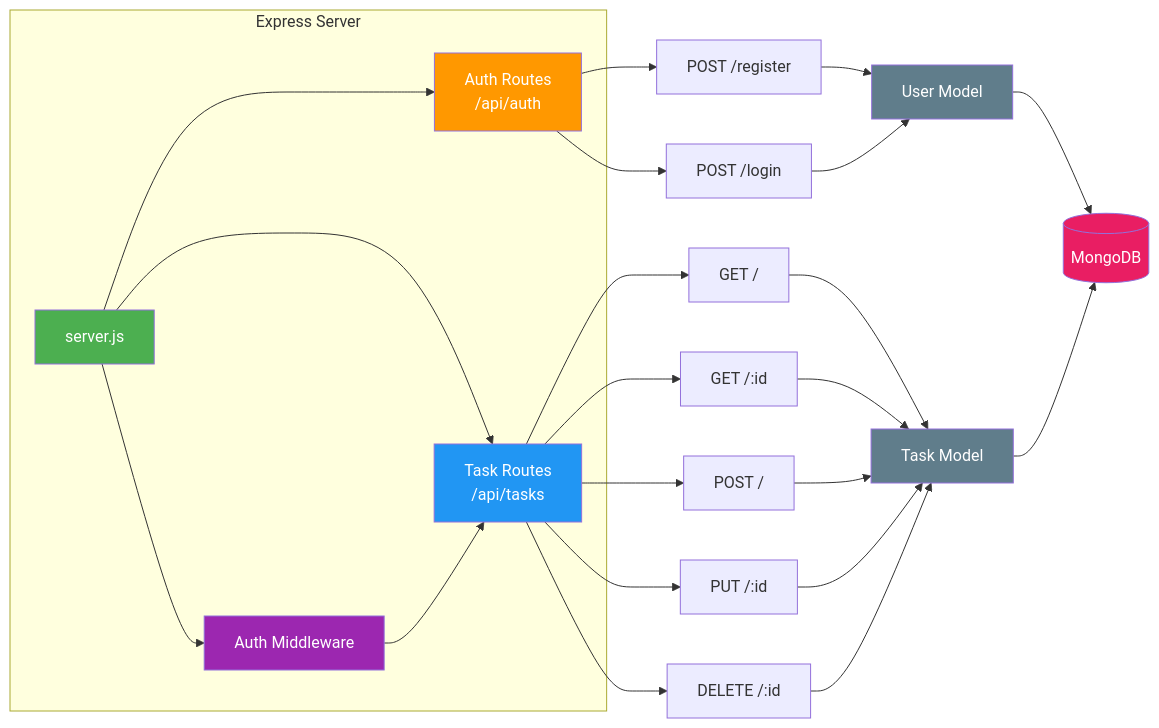
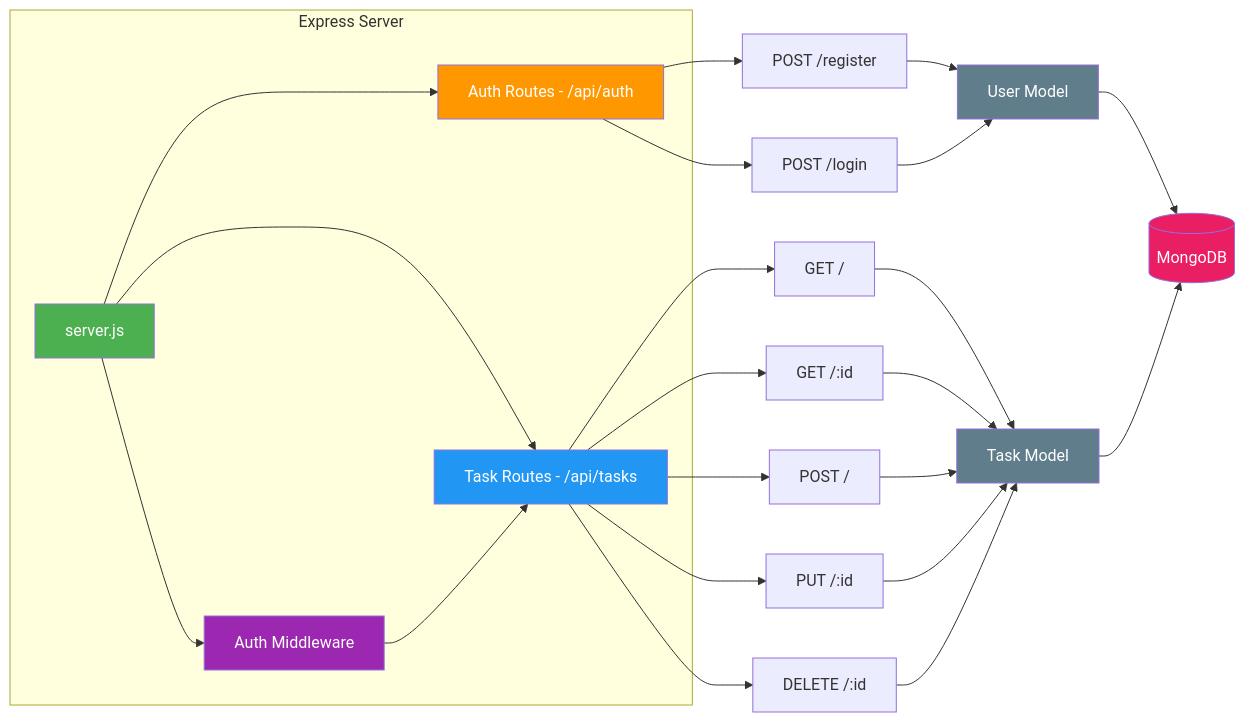
Before and after one commit to shashankdkte/node-angular: the fifth of 7 diagrams in docs/ARCHITECTURE_DIAGRAM.md, drawn with Mermaid. The commit also changed other lines of this file, not shown here.

Commit message:
Architecture

````diff
--- a/docs/ARCHITECTURE_DIAGRAM.md
+++ b/docs/ARCHITECTURE_DIAGRAM.md
@@ -203,39 +203,39 @@
 ```mermaid
 graph LR
     subgraph "Express Server"
         Server[server.js]
-        Server --> AuthRoutes[Auth Routes<br/>/api/auth]
-        Server --> TaskRoutes[Task Routes<br/>/api/tasks]
+        Server --> AuthRoutes[Auth Routes - /api/auth]
+        Server --> TaskRoutes[Task Routes - /api/tasks]
         Server --> AuthMW[Auth Middleware]
     end
     
     AuthRoutes --> Register[POST /register]
     AuthRoutes --> Login[POST /login]
     
     TaskRoutes --> List[GET /]
     TaskRoutes --> Detail[GET /:id]
     TaskRoutes --> Create[POST /]
     TaskRoutes --> Update[PUT /:id]
     TaskRoutes --> Delete[DELETE /:id]
     
     AuthMW --> TaskRoutes
     
     Register --> UserModel[User Model]
     Login --> UserModel
     List --> TaskModel[Task Model]
     Detail --> TaskModel
     Create --> TaskModel
     Update --> TaskModel
     Delete --> TaskModel
     
     UserModel --> MongoDB[(MongoDB)]
     TaskModel --> MongoDB
     
     style Server fill:#4CAF50,color:#fff
     style AuthRoutes fill:#FF9800,color:#fff
     style TaskRoutes fill:#2196F3,color:#fff
     style AuthMW fill:#9C27B0,color:#fff
     style UserModel fill:#607D8B,color:#fff
     style TaskModel fill:#607D8B,color:#fff
     style MongoDB fill:#E91E63,color:#fff
 ```
````
